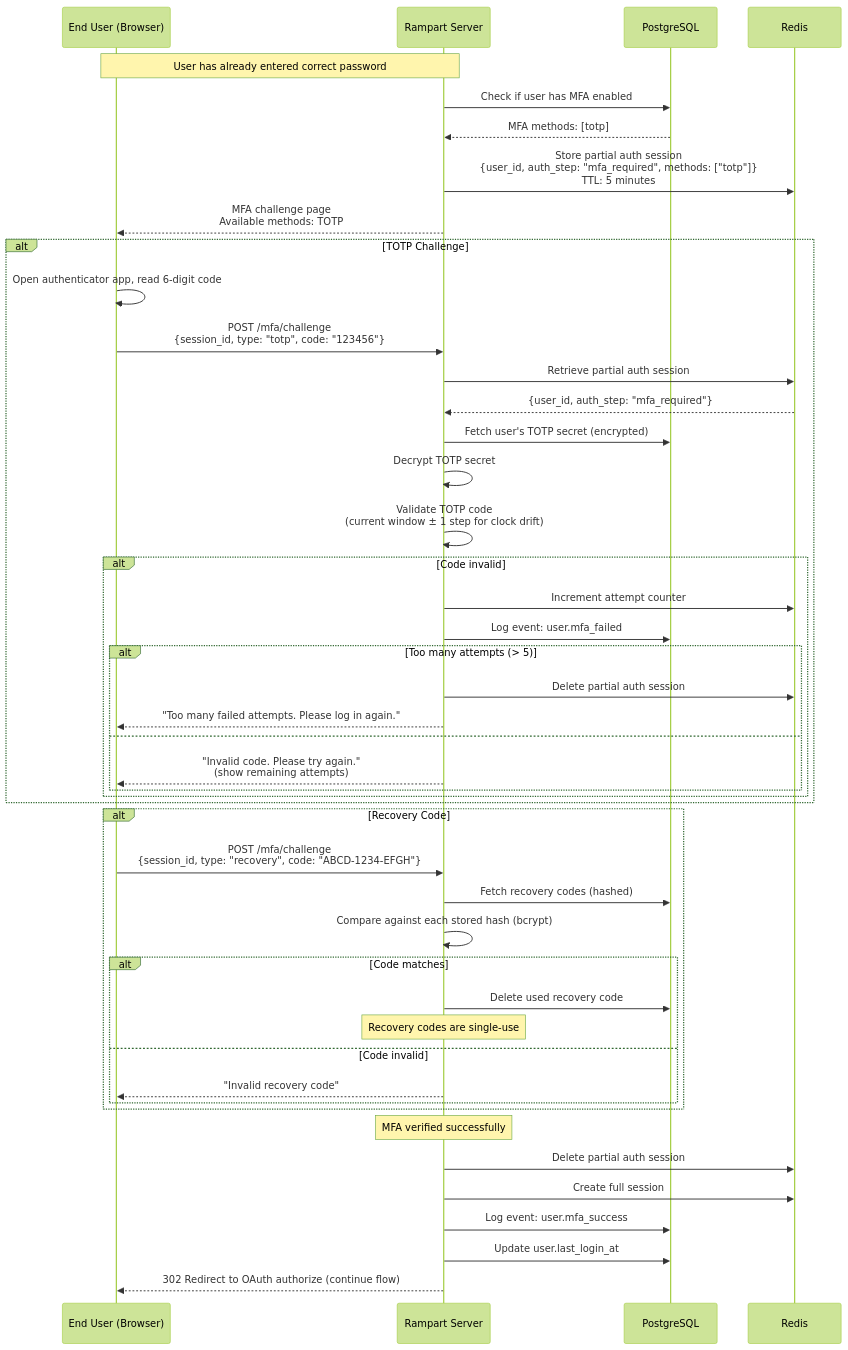
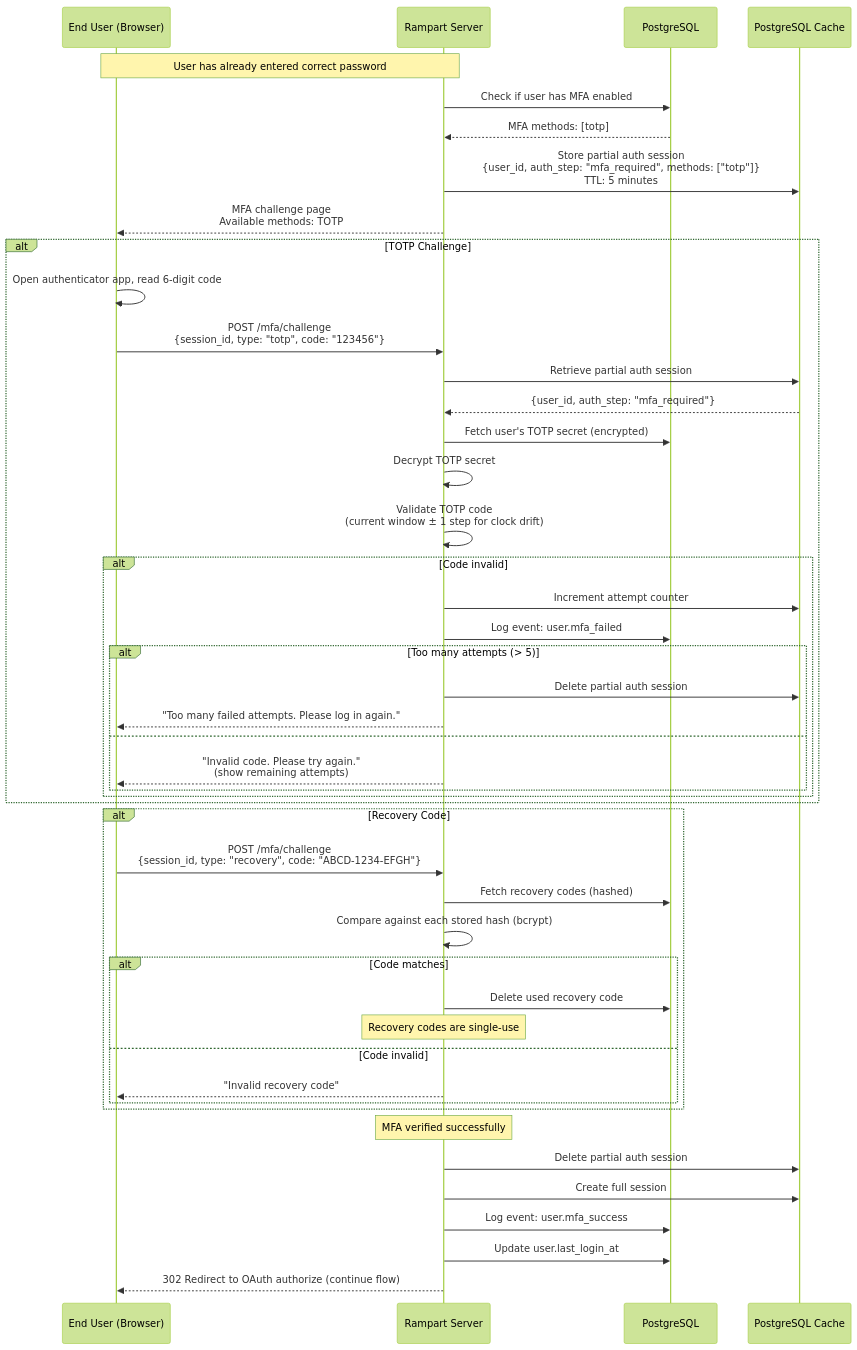
Before and after one commit to manimovassagh/rampart: the first of 2 diagrams in docs/flows/mfa-challenge.md, drawn with Mermaid (forest theme). The commit also changed 42 other files, not shown here.

````diff
--- a/docs/flows/mfa-challenge.md
+++ b/docs/flows/mfa-challenge.md
@@ -7,63 +7,63 @@
 ```mermaid
 sequenceDiagram
     participant User as End User (Browser)
     participant Rampart as Rampart Server
     participant DB as PostgreSQL
-    participant Cache as Redis
+    participant Cache as PostgreSQL Cache
 
     Note over User,Rampart: User has already entered correct password
 
     Rampart->>DB: Check if user has MFA enabled
     DB-->>Rampart: MFA methods: [totp]
 
     Rampart->>Cache: Store partial auth session<br/>{user_id, auth_step: "mfa_required", methods: ["totp"]}<br/>TTL: 5 minutes
 
     Rampart-->>User: MFA challenge page<br/>Available methods: TOTP
 
     alt TOTP Challenge
         User->>User: Open authenticator app, read 6-digit code
         User->>Rampart: POST /mfa/challenge<br/>{session_id, type: "totp", code: "123456"}
 
         Rampart->>Cache: Retrieve partial auth session
         Cache-->>Rampart: {user_id, auth_step: "mfa_required"}
 
         Rampart->>DB: Fetch user's TOTP secret (encrypted)
         Rampart->>Rampart: Decrypt TOTP secret
         Rampart->>Rampart: Validate TOTP code<br/>(current window ± 1 step for clock drift)
 
         alt Code invalid
             Rampart->>Cache: Increment attempt counter
             Rampart->>DB: Log event: user.mfa_failed
 
             alt Too many attempts (> 5)
                 Rampart->>Cache: Delete partial auth session
                 Rampart-->>User: "Too many failed attempts. Please log in again."
             else
                 Rampart-->>User: "Invalid code. Please try again."<br/>(show remaining attempts)
             end
         end
     end
 
     alt Recovery Code
         User->>Rampart: POST /mfa/challenge<br/>{session_id, type: "recovery", code: "ABCD-1234-EFGH"}
 
         Rampart->>DB: Fetch recovery codes (hashed)
         Rampart->>Rampart: Compare against each stored hash (bcrypt)
 
         alt Code matches
             Rampart->>DB: Delete used recovery code
             Note over Rampart: Recovery codes are single-use
         else Code invalid
             Rampart-->>User: "Invalid recovery code"
         end
     end
 
     Note over Rampart: MFA verified successfully
 
     Rampart->>Cache: Delete partial auth session
     Rampart->>Cache: Create full session
     Rampart->>DB: Log event: user.mfa_success
     Rampart->>DB: Update user.last_login_at
 
     Rampart-->>User: 302 Redirect to OAuth authorize (continue flow)
 ```
````
